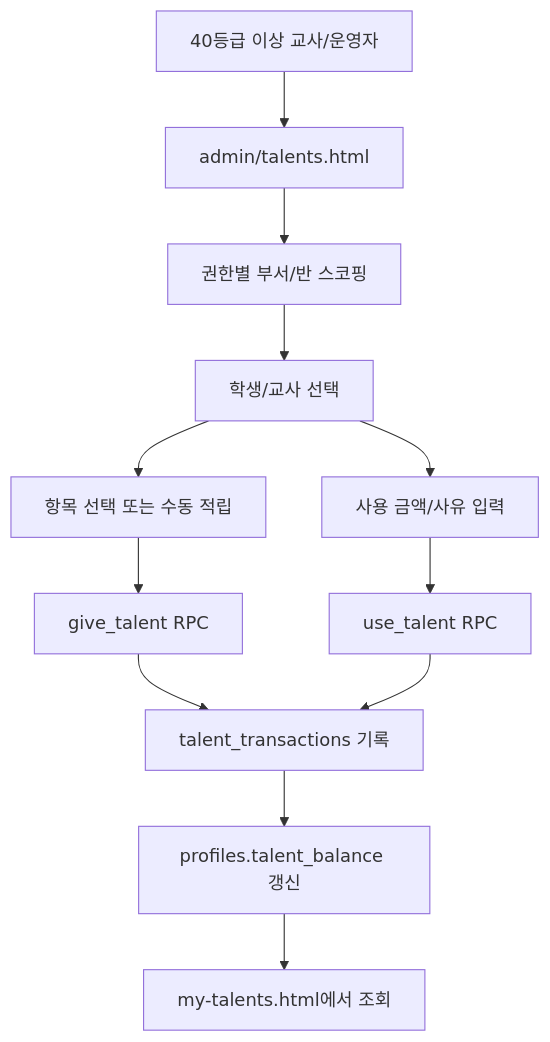
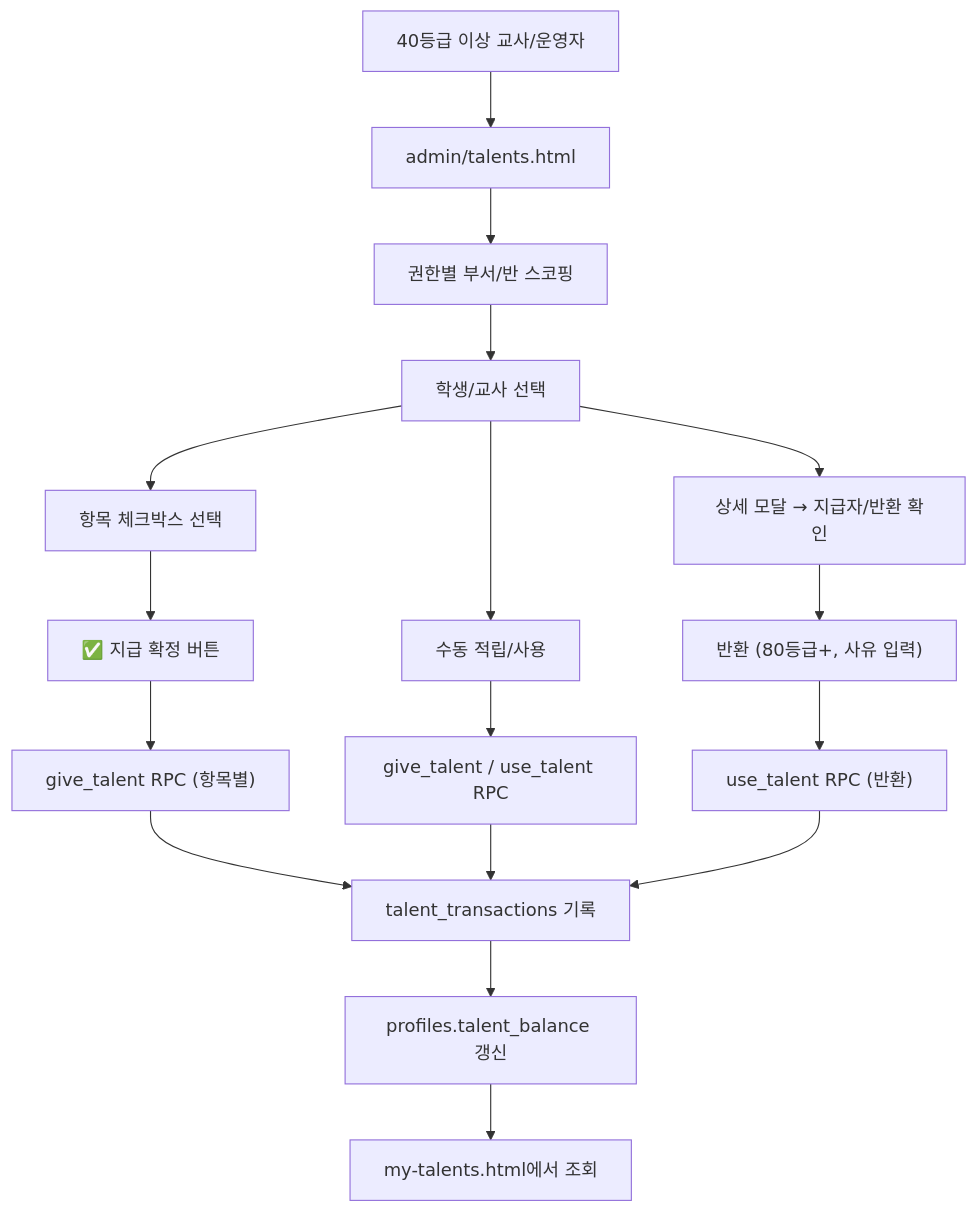
The fourth of 6 diagrams in README.md (CHO-Talents/CHO-Talents), drawn with Mermaid before and after one commit. The commit also changed other lines of this file and 2 other files, not shown here.

````diff
--- a/README.md
+++ b/README.md
@@ -216,14 +222,20 @@
 ```mermaid
 flowchart TD
   Manager["40등급 이상 교사/운영자"] --> Page["admin/talents.html"]
   Page --> Scope["권한별 부서/반 스코핑"]
   Scope --> Select["학생/교사 선택"]
-  Select --> Earn["항목 선택 또는 수동 적립"]
-  Select --> Use["사용 금액/사유 입력"]
-  Earn --> GiveRPC["give_talent RPC"]
-  Use --> UseRPC["use_talent RPC"]
+  Select --> CheckItems["항목 체크박스 선택"]
+  Select --> Manual["수동 적립/사용"]
+  CheckItems --> Confirm["✅ 지급 확정 버튼"]
+  Confirm --> GiveRPC["give_talent RPC (항목별)"]
+  Manual --> GiveUseRPC["give_talent / use_talent RPC"]
   GiveRPC --> Tx["talent_transactions 기록"]
-  UseRPC --> Tx
+  GiveUseRPC --> Tx
   Tx --> Balance["profiles.talent_balance 갱신"]
   Balance --> My["my-talents.html에서 조회"]
+
+  Select --> Detail["상세 모달 → 지급자/반환 확인"]
+  Detail --> Return["반환 (80등급+, 사유 입력)"]
+  Return --> UseRPC["use_talent RPC (반환)"]
+  UseRPC --> Tx
 ```
````
